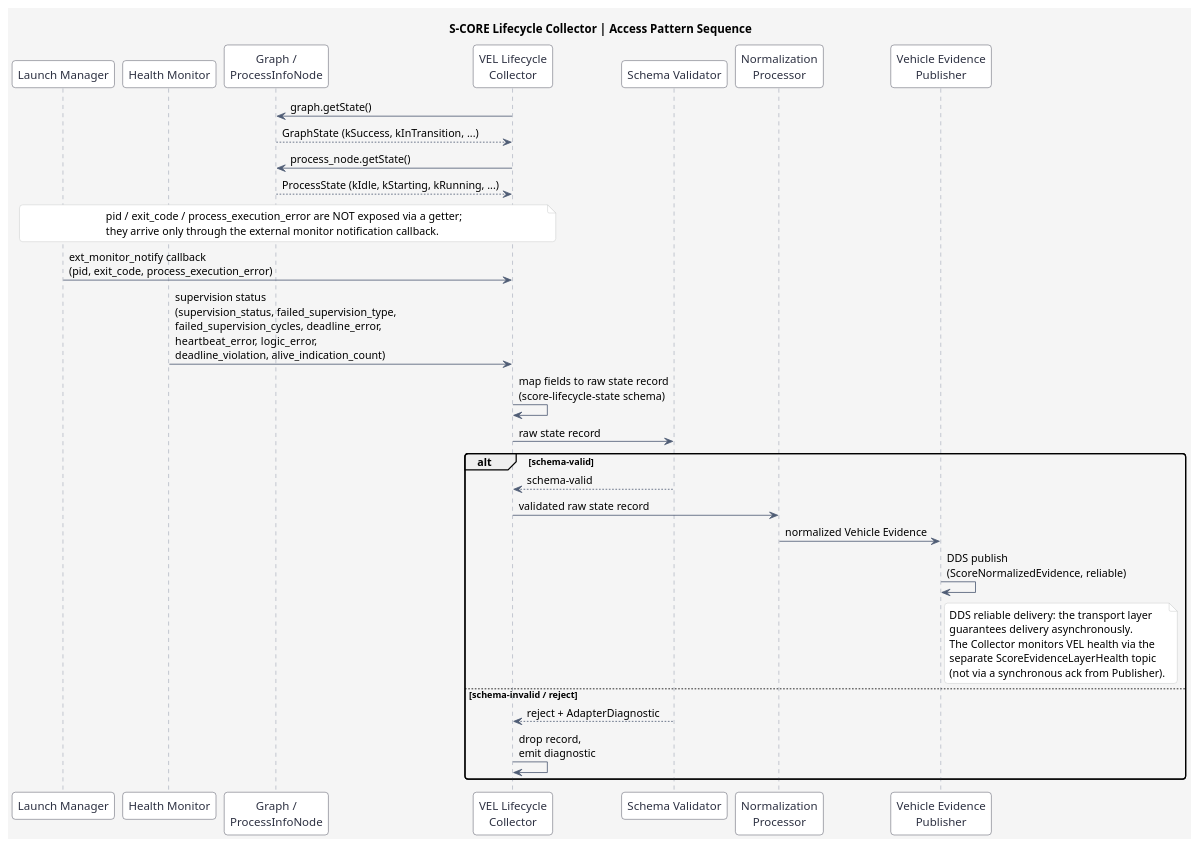
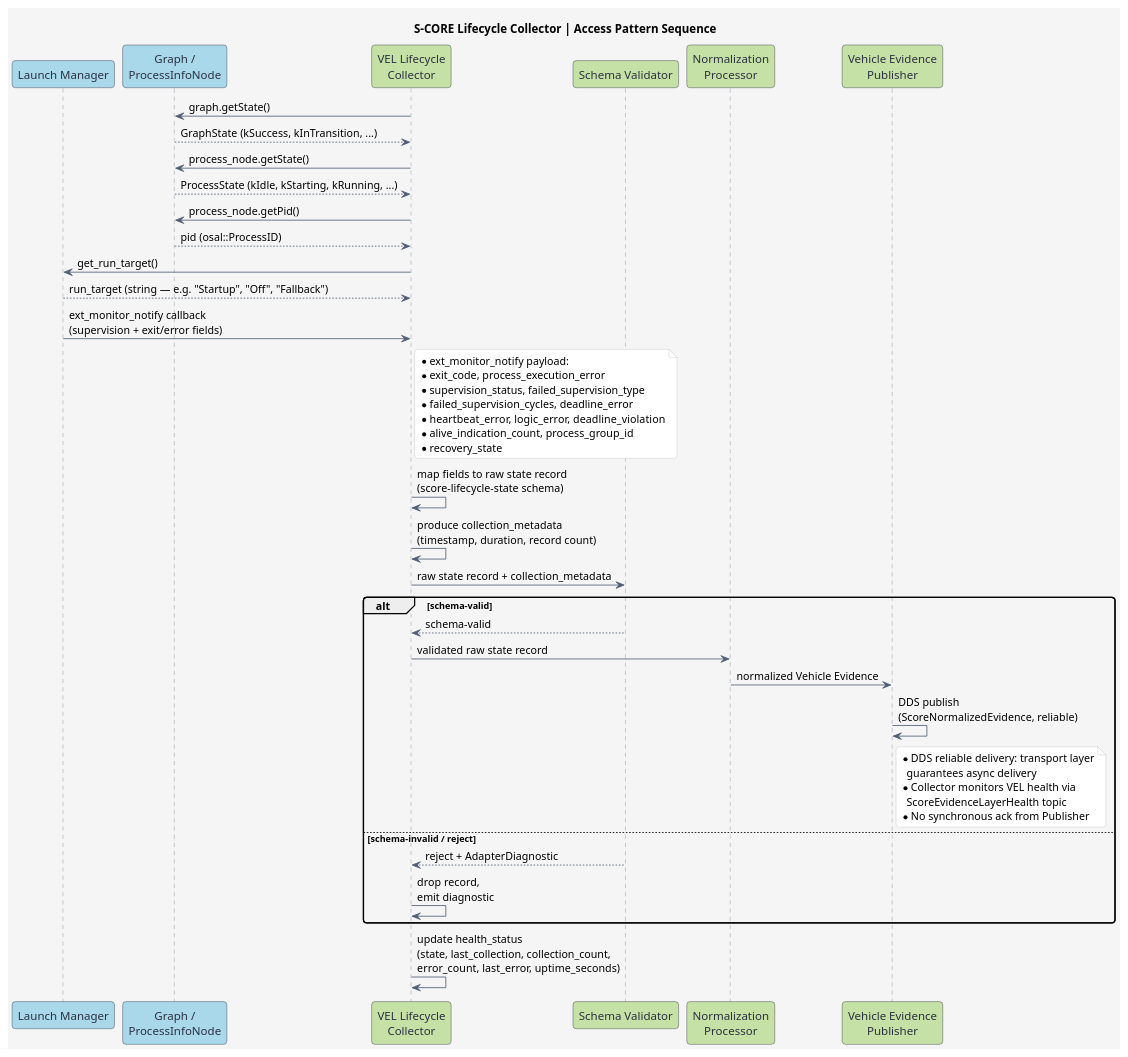
One commit to akshayg0314/vel changed the diagram in docs/features/diagrams/lifecycle/Lifecycle_collector_sequence.puml. Above: the diagram before and after it, drawn with PlantUML. The commit also changed 5 other files, not shown here.

Commit message:
Add class, static-view and sequence diagram for s-core lifecycle module in VEL

```diff
--- a/docs/features/diagrams/lifecycle/Lifecycle_collector_sequence.puml
+++ b/docs/features/diagrams/lifecycle/Lifecycle_collector_sequence.puml
@@ -1,53 +1,64 @@
 @startuml
 title S-CORE Lifecycle Collector | Access Pattern Sequence
 skinparam backgroundColor #F5F5F5
 skinparam shadowing false
 skinparam roundCorner 8
 skinparam ArrowColor #4F5D75
 skinparam sequenceParticipantBorderColor #2D3142
-skinparam sequenceParticipantBackgroundColor #FFFFFF
 skinparam sequenceParticipantFontColor #2D3142
 skinparam sequenceLifeLineBorderColor #7A8399
 skinparam noteBackgroundColor #FFFFFF
 skinparam noteBorderColor #BFC0C0
 
-participant "Launch Manager" as LM
-participant "Health Monitor" as HM
-participant "Graph /\nProcessInfoNode" as State
-participant "VEL Lifecycle\nCollector" as Collector
-participant "Schema Validator" as Validator
-participant "Normalization\nProcessor" as Normalizer
-participant "Vehicle Evidence\nPublisher" as Publisher
+' S-CORE source-side participants (blue/teal)
+participant "Launch Manager" as LM #A8D8EA
+participant "Graph /\nProcessInfoNode" as State #A8D8EA
+
+' VEL Evidence Ingestion participants (green/amber)
+participant "VEL Lifecycle\nCollector" as Collector #C5E1A5
+participant "Schema Validator" as Validator #C5E1A5
+participant "Normalization\nProcessor" as Normalizer #C5E1A5
+participant "Vehicle Evidence\nPublisher" as Publisher #C5E1A5
 
 Collector -> State : graph.getState()
 State --> Collector : GraphState (kSuccess, kInTransition, ...)
 Collector -> State : process_node.getState()
 State --> Collector : ProcessState (kIdle, kStarting, kRunning, ...)
+Collector -> State : process_node.getPid()
+State --> Collector : pid (osal::ProcessID)
+Collector -> LM : get_run_target()
+LM --> Collector : run_target (string — e.g. "Startup", "Off", "Fallback")
 
-note over Collector, LM
-pid / exit_code / process_execution_error are NOT exposed via a getter;
-they arrive only through the external monitor notification callback.
+LM -> Collector : ext_monitor_notify callback\n(supervision + exit/error fields)
+note right of Collector
+  * ext_monitor_notify payload:
+  * exit_code, process_execution_error
+  * supervision_status, failed_supervision_type
+  * failed_supervision_cycles, deadline_error
+  * heartbeat_error, logic_error, deadline_violation
+  * alive_indication_count, process_group_id
+  * recovery_state
 end note
 
-LM -> Collector : ext_monitor_notify callback\n(pid, exit_code, process_execution_error)
-HM -> Collector : supervision status\n(supervision_status, failed_supervision_type,\nfailed_supervision_cycles, deadline_error,\nheartbeat_error, logic_error,\ndeadline_violation, alive_indication_count)
-
 Collector -> Collector : map fields to raw state record\n(score-lifecycle-state schema)
-Collector -> Validator : raw state record
+Collector -> Collector : produce collection_metadata\n(timestamp, duration, record count)
+Collector -> Validator : raw state record + collection_metadata
 alt schema-valid
   Validator --> Collector : schema-valid
   Collector -> Normalizer : validated raw state record
   Normalizer -> Publisher : normalized Vehicle Evidence
   Publisher -> Publisher : DDS publish\n(ScoreNormalizedEvidence, reliable)
   note right of Publisher
-    DDS reliable delivery: the transport layer
-    guarantees delivery asynchronously.
-    The Collector monitors VEL health via the
-    separate ScoreEvidenceLayerHealth topic
-    (not via a synchronous ack from Publisher).
+    * DDS reliable delivery: transport layer
+      guarantees async delivery
+    * Collector monitors VEL health via
+      ScoreEvidenceLayerHealth topic
+    * No synchronous ack from Publisher
   end note
 else schema-invalid / reject
   Validator --> Collector : reject + AdapterDiagnostic
   Collector -> Collector : drop record,\nemit diagnostic
 end
+
+Collector -> Collector : update health_status\n(state, last_collection, collection_count,\nerror_count, last_error, uptime_seconds)
 @enduml
```
